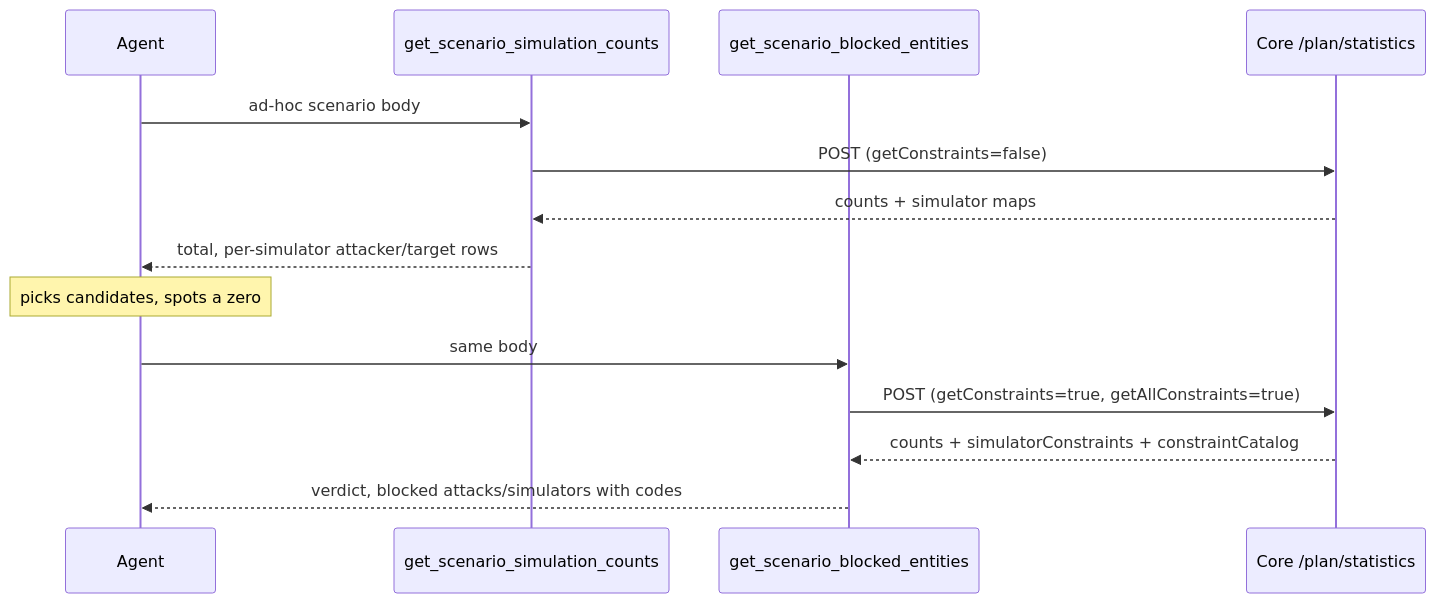
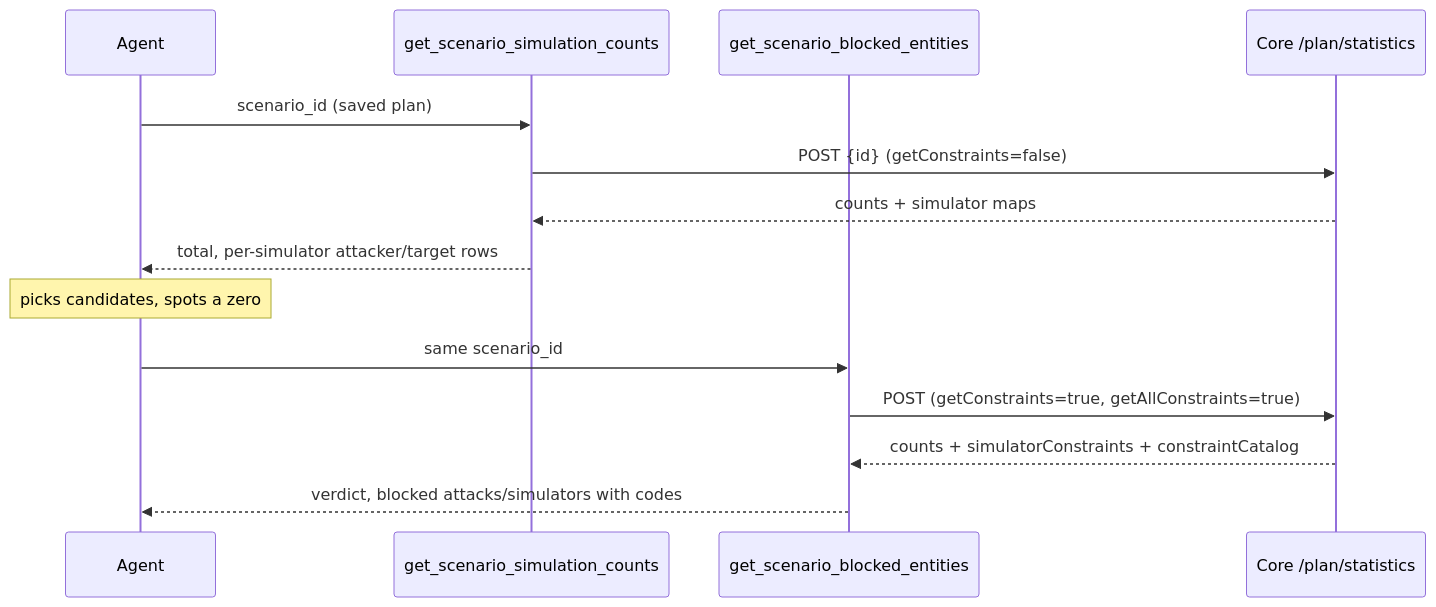
Before and after one commit to SafeBreach/safebreach-mcp: the diagram in prds/feature-SAF-35508-scenario-simulation-counts/prd.md, drawn with Mermaid. The commit also changed other lines of this file and 1 other file, not shown here.

First line of the commit message:
docs(SAF-35508): append Phase 10 — remove the ad-hoc scenario input

````diff
--- a/prds/feature-SAF-35508-scenario-simulation-counts/prd.md
+++ b/prds/feature-SAF-35508-scenario-simulation-counts/prd.md
@@ -226,16 +233,16 @@
 ```mermaid
 sequenceDiagram
     participant A as Agent
     participant C as get_scenario_simulation_counts
     participant B as get_scenario_blocked_entities
     participant O as Core /plan/statistics
-    A->>C: ad-hoc scenario body
-    C->>O: POST (getConstraints=false)
+    A->>C: scenario_id (saved plan)
+    C->>O: POST {id} (getConstraints=false)
     O-->>C: counts + simulator maps
     C-->>A: total, per-simulator attacker/target rows
     Note over A: picks candidates, spots a zero
-    A->>B: same body
+    A->>B: same scenario_id
     B->>O: POST (getConstraints=true, getAllConstraints=true)
     O-->>B: counts + simulatorConstraints + constraintCatalog
     B-->>A: verdict, blocked attacks/simulators with codes
 ```
````
